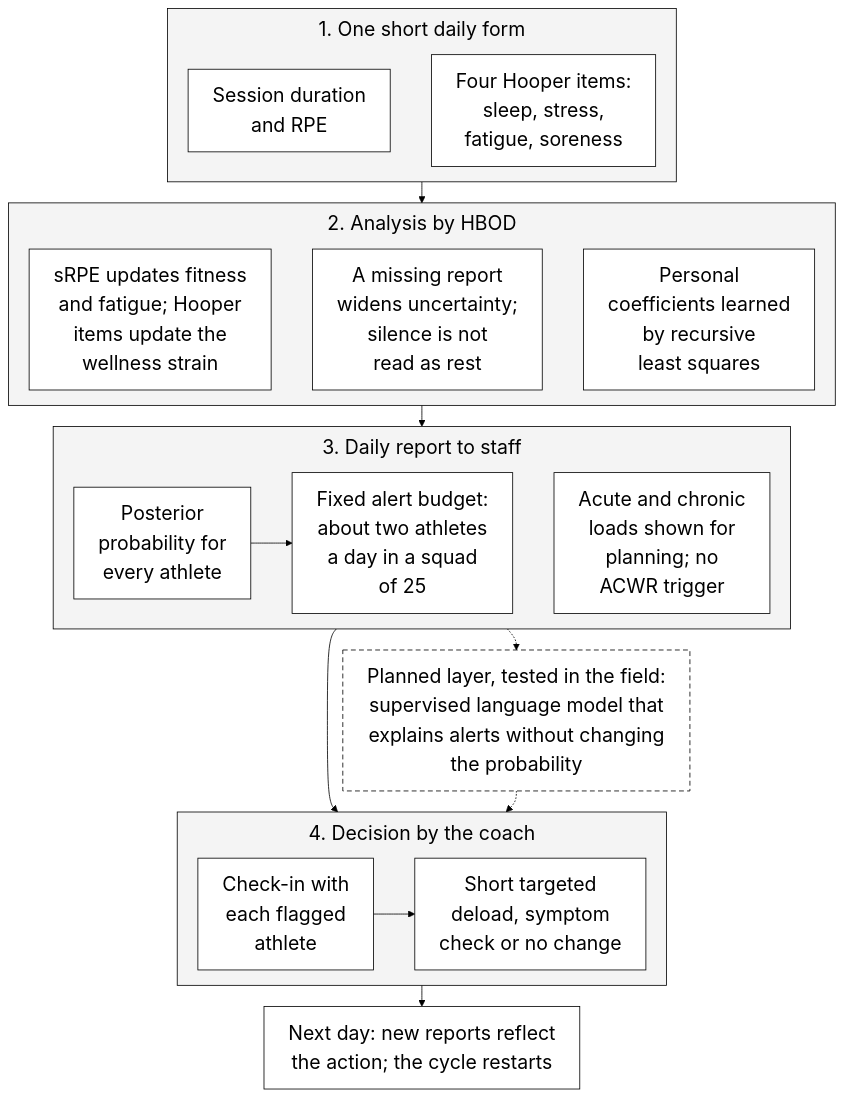
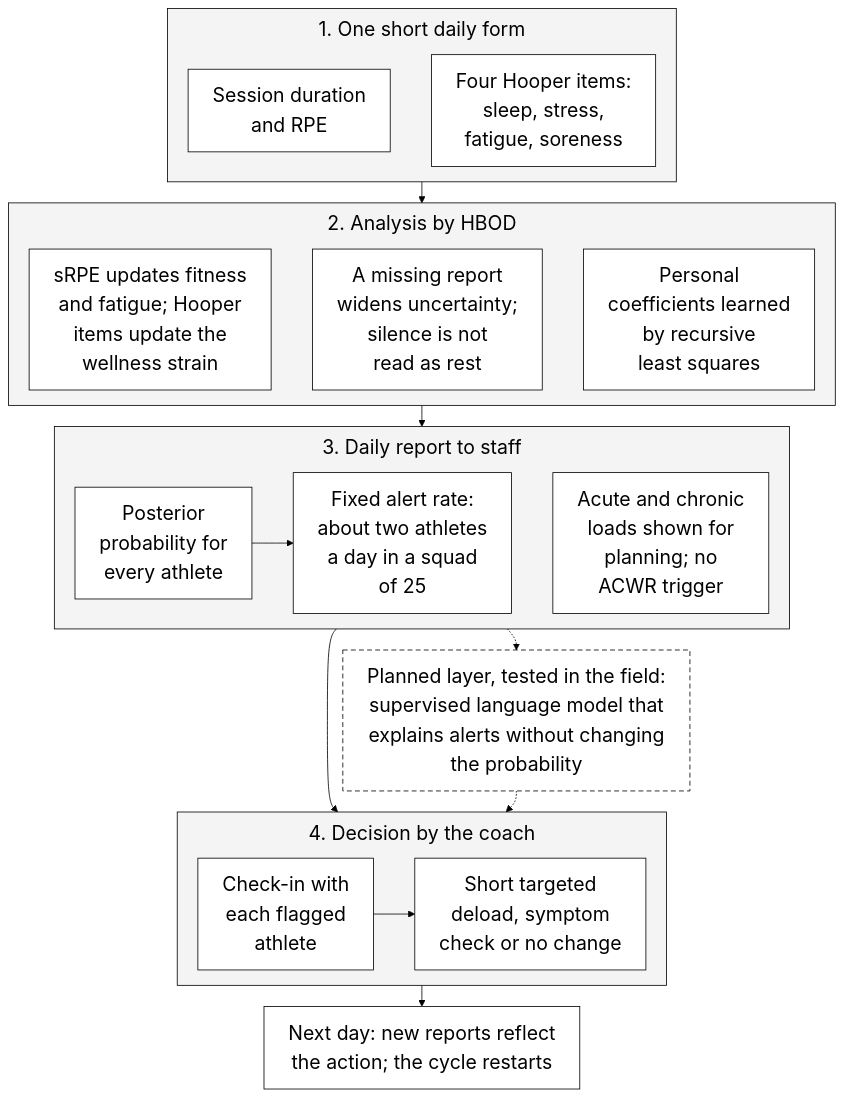
One commit to sabri0/HBOD changed the diagram in simulation/figures/fig9.mmd. Above: the diagram before and after it, drawn with Mermaid. The commit also changed 21 other files, not shown here.

```diff
--- a/simulation/figures/fig9.mmd
+++ b/simulation/figures/fig9.mmd
@@ -1,35 +1,35 @@
 %%{init: {"theme":"base","themeVariables":{"fontFamily":"Arial","fontSize":"24px","primaryColor":"#ffffff","primaryBorderColor":"#000000","lineColor":"#000000","primaryTextColor":"#000000","clusterBkg":"#f4f4f4","clusterBorder":"#000000"},"flowchart":{"wrappingWidth":420,"nodeSpacing":18,"rankSpacing":26,"subGraphTitleMargin":{"top":8,"bottom":30}}}}%%
 flowchart TB
   subgraph S1["1. One short daily form"]
     direction LR
     A1["Session duration<br/>and RPE"]
     A2["Four Hooper items:<br/>sleep, stress,<br/>fatigue, soreness"]
     A1 ~~~ A2
   end
   subgraph S2["2. Analysis by HBOD"]
     direction LR
     B1["sRPE updates fitness<br/>and fatigue; Hooper<br/>items update the<br/>wellness strain"]
     B2["A missing report<br/>widens uncertainty;<br/>silence is not<br/>read as rest"]
     B3["Personal<br/>coefficients learned<br/>by recursive<br/>least squares"]
     B1 ~~~ B2 ~~~ B3
   end
   subgraph S3["3. Daily report to staff"]
     direction LR
     C1["Posterior<br/>probability for<br/>every athlete"]
-    C2["Fixed alert budget:<br/>about two athletes<br/>a day in a squad<br/>of 25"]
+    C2["Fixed alert rate:<br/>about two athletes<br/>a day in a squad<br/>of 25"]
     C3["Acute and chronic<br/>loads shown for<br/>planning; no<br/>ACWR trigger"]
     C1 --> C2
     C2 ~~~ C3
   end
   subgraph S4["4. Decision by the coach"]
     direction LR
     D1["Check-in with<br/>each flagged<br/>athlete"]
     D2["Short targeted<br/>deload, symptom<br/>check or no change"]
     D1 --> D2
   end
   N["Next day: new reports reflect<br/>the action; the cycle restarts"]
   L["Planned layer, tested in the field:<br/>supervised language model that<br/>explains alerts without changing<br/>the probability"]
   S1 --> S2 --> S3 --> S4 --> N
   S3 -.-> L -.-> S4
   classDef planned stroke-dasharray: 6 4,fill:#ffffff
   class L planned
```
